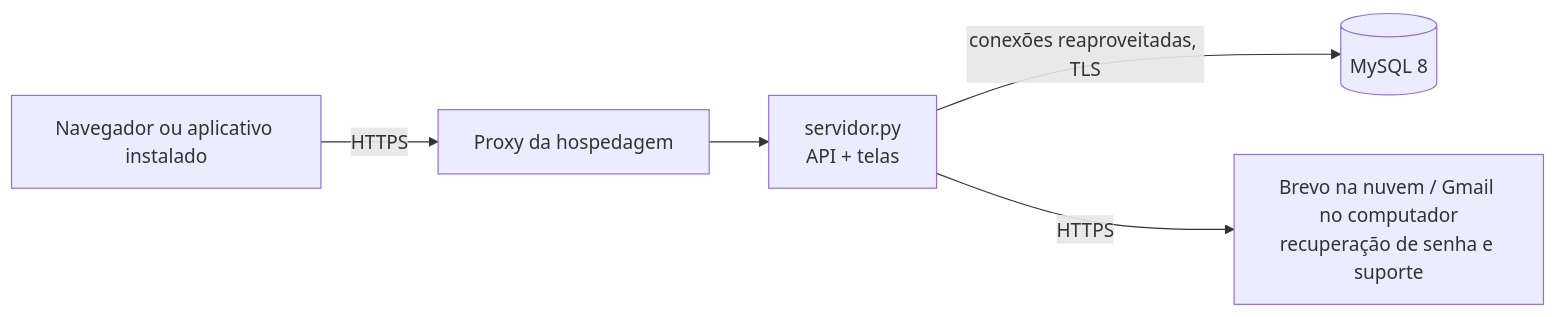
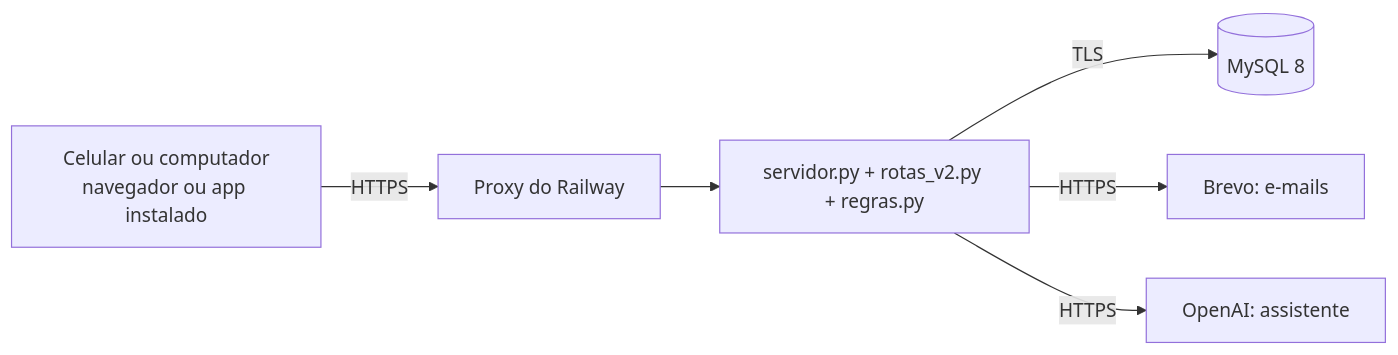
One commit to josekayke009-boop/hemoflow changed the diagram in docs/arquitetura.md. Above: the diagram before and after it, drawn with Mermaid. The commit also changed other lines of this file and 17 other files, not shown here.

````diff
--- a/docs/arquitetura.md
+++ b/docs/arquitetura.md
@@ -5,7 +7,8 @@
 ```mermaid
 flowchart LR
-    U[Navegador ou aplicativo instalado] -- HTTPS --> P[Proxy da hospedagem]
-    P --> S[servidor.py<br/>API + telas]
-    S -- conexões reaproveitadas, TLS --> B[(MySQL 8)]
-    S -- HTTPS --> G[Brevo na nuvem / Gmail no computador<br/>recuperação de senha e suporte]
+    U[Celular ou computador<br/>navegador ou app instalado] -- HTTPS --> P[Proxy do Railway]
+    P --> S[servidor.py + rotas_v2.py + regras.py]
+    S -- TLS --> B[(MySQL 8)]
+    S -- HTTPS --> E[Brevo: e-mails]
+    S -- HTTPS --> IA[OpenAI: assistente]
 ```
````
